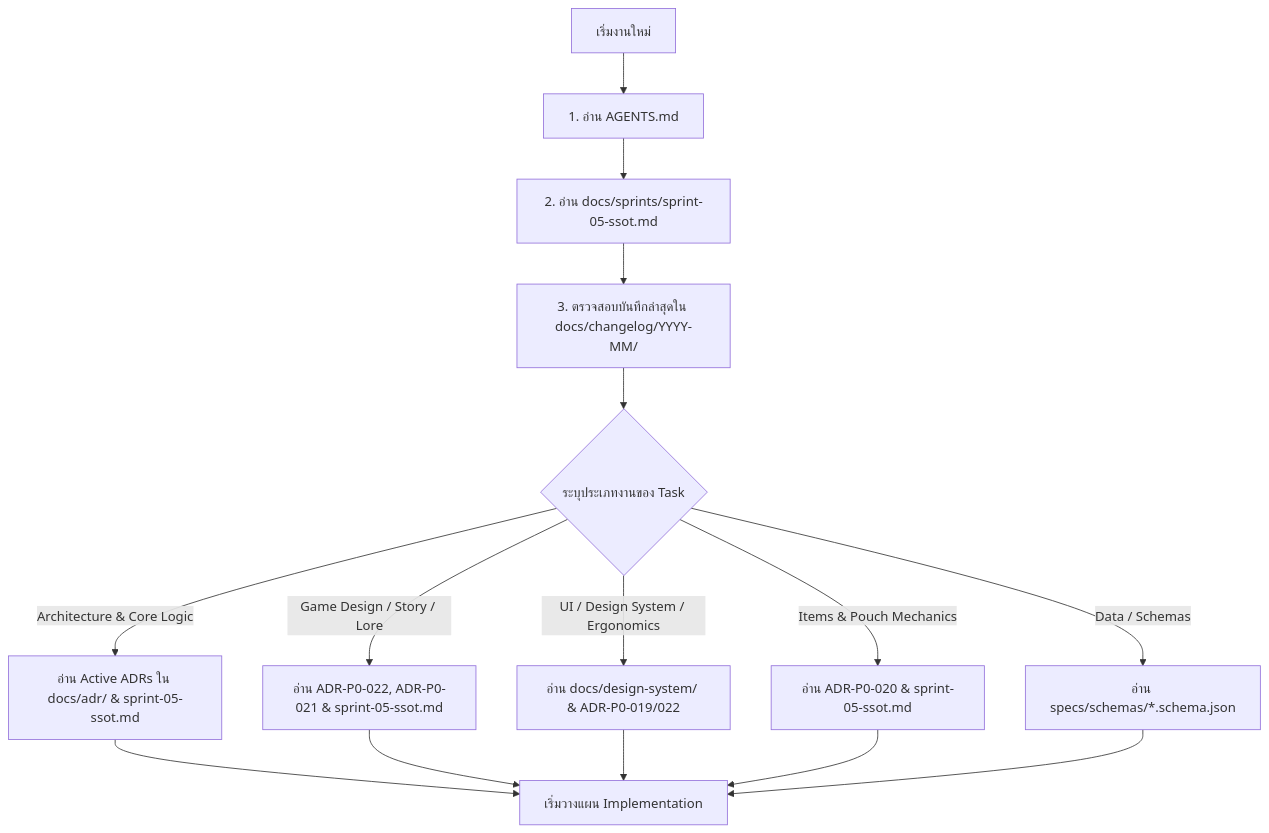
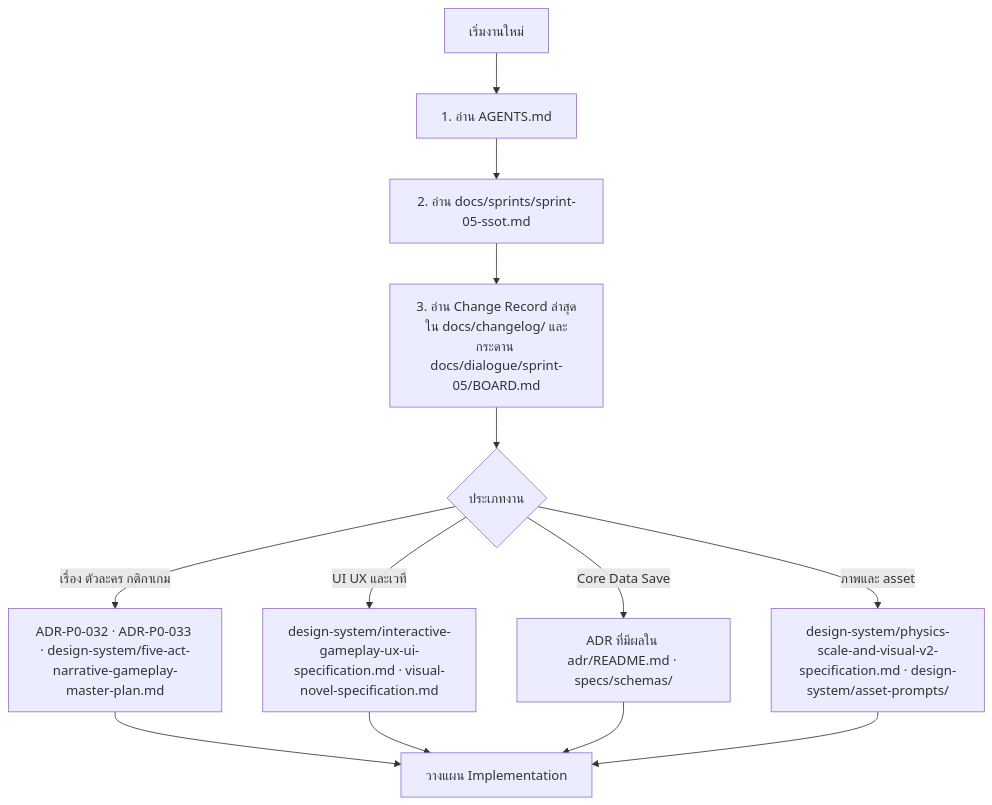
The diagram in docs/README.md (T3thr/JaoKob), drawn with Mermaid before and after one commit. The commit also changed other lines of this file and 258 other files, not shown here.

First line of the commit message:
chore(repo): zero-debt reconstruction before Sprint 5 implementation (CR-20261031-0420)

````diff
--- a/docs/README.md
+++ b/docs/README.md
@@ -112,17 +58,15 @@
 ```mermaid
 flowchart TD
     A[เริ่มงานใหม่] --> B[1. อ่าน AGENTS.md]
     B --> C[2. อ่าน docs/sprints/sprint-05-ssot.md]
-    C --> D[3. ตรวจสอบบันทึกล่าสุดใน docs/changelog/YYYY-MM/]
-    D --> E{ระบุประเภทงานของ Task}
-    E -->|Architecture & Core Logic| F[อ่าน Active ADRs ใน docs/adr/ & sprint-05-ssot.md]
-    E -->|Game Design / Story / Lore| G[อ่าน ADR-P0-022, ADR-P0-021 & sprint-05-ssot.md]
-    E -->|UI / Design System / Ergonomics| H[อ่าน docs/design-system/ & ADR-P0-019/022]
-    E -->|Items & Pouch Mechanics| I[อ่าน ADR-P0-020 & sprint-05-ssot.md]
-    E -->|Data / Schemas| J[อ่าน specs/schemas/*.schema.json]
-    F --> K[เริ่มวางแผน Implementation]
-    G --> K
-    H --> K
-    I --> K
-    J --> K
+    C --> D[3. อ่าน Change Record ล่าสุดใน docs/changelog/ และกระดาน docs/dialogue/sprint-05/BOARD.md]
+    D --> E{ประเภทงาน}
+    E -->|เรื่อง ตัวละคร กติกาเกม| F[ADR-P0-032 · ADR-P0-033 · design-system/five-act-narrative-gameplay-master-plan.md]
+    E -->|UI UX และเวที| G[design-system/interactive-gameplay-ux-ui-specification.md · visual-novel-specification.md]
+    E -->|Core Data Save| H[ADR ที่มีผลใน adr/README.md · specs/schemas/]
+    E -->|ภาพและ asset| I[design-system/physics-scale-and-visual-v2-specification.md · design-system/asset-prompts/]
+    F --> J[วางแผน Implementation]
+    G --> J
+    H --> J
+    I --> J
 ```
````
